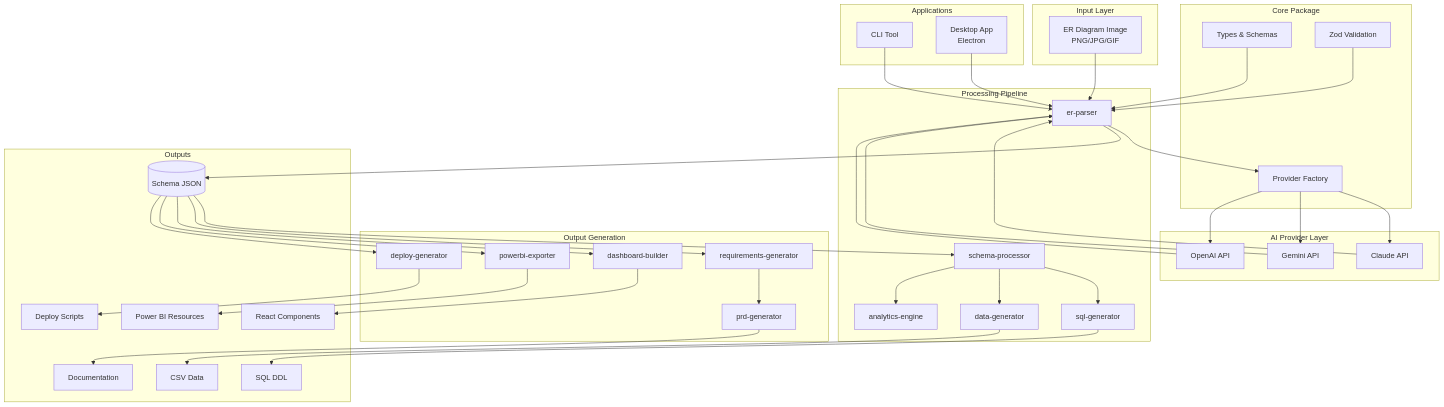
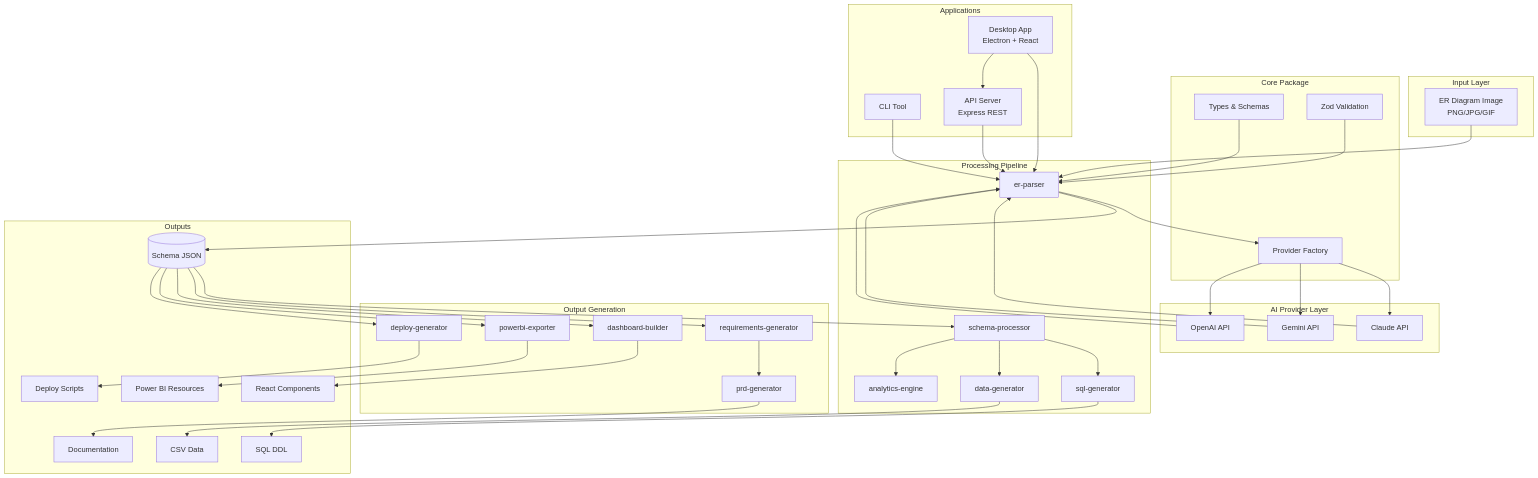
One commit to pranamg/er-analytics-generator changed the first of 3 diagrams in Architecture.md. Above: the diagram before and after it, drawn with Mermaid. The commit also changed other lines of this file and 17 other files, not shown here.

````diff
--- a/Architecture.md
+++ b/Architecture.md
@@ -208,7 +230,8 @@
 
     subgraph "Applications"
         CLI[CLI Tool]
-        DESKTOP[Desktop App<br/>Electron]
+        DESKTOP[Desktop App<br/>Electron + React]
+        SERVER[API Server<br/>Express REST]
     end
 
     subgraph "Outputs"
@@ -256,4 +279,6 @@
 
     CLI --> PARSE
     DESKTOP --> PARSE
+    SERVER --> PARSE
+    DESKTOP --> SERVER
 ```
````
